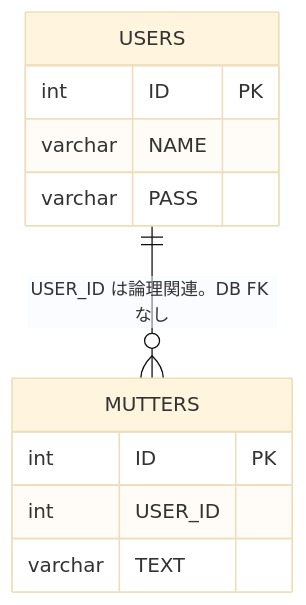
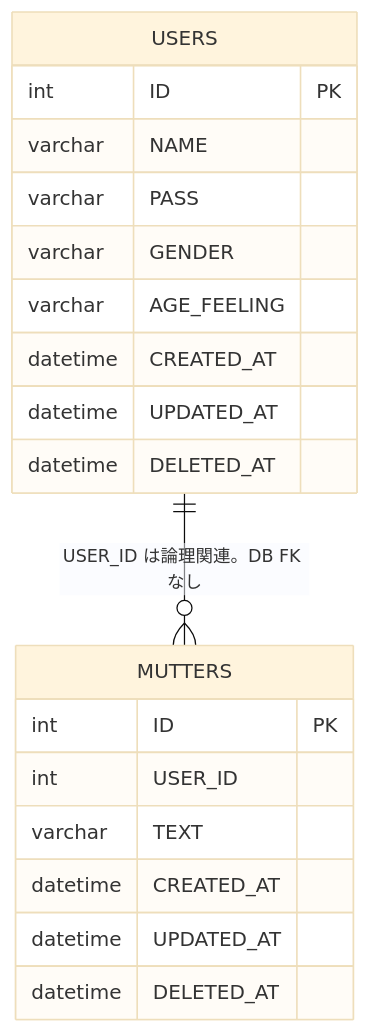
The diagram in docs/design/03_DATA_AND_SECURITY_DESIGN.md (t-oikawa-sendai/dokoTsubu-platform), drawn with Mermaid (base theme) before and after one commit. The commit also changed other lines of this file and 21 other files, not shown here.

````diff
--- a/docs/design/03_DATA_AND_SECURITY_DESIGN.md
+++ b/docs/design/03_DATA_AND_SECURITY_DESIGN.md
@@ -125,14 +138,22 @@
 ```mermaid
 erDiagram
   USERS ||--o{ MUTTERS : "USER_ID は論理関連。DB FK なし"
   USERS {
     int ID PK
     varchar NAME
     varchar PASS
+    varchar GENDER
+    varchar AGE_FEELING
+    datetime CREATED_AT
+    datetime UPDATED_AT
+    datetime DELETED_AT
   }
   MUTTERS {
     int ID PK
     int USER_ID
     varchar TEXT
+    datetime CREATED_AT
+    datetime UPDATED_AT
+    datetime DELETED_AT
   }
 ```
````
